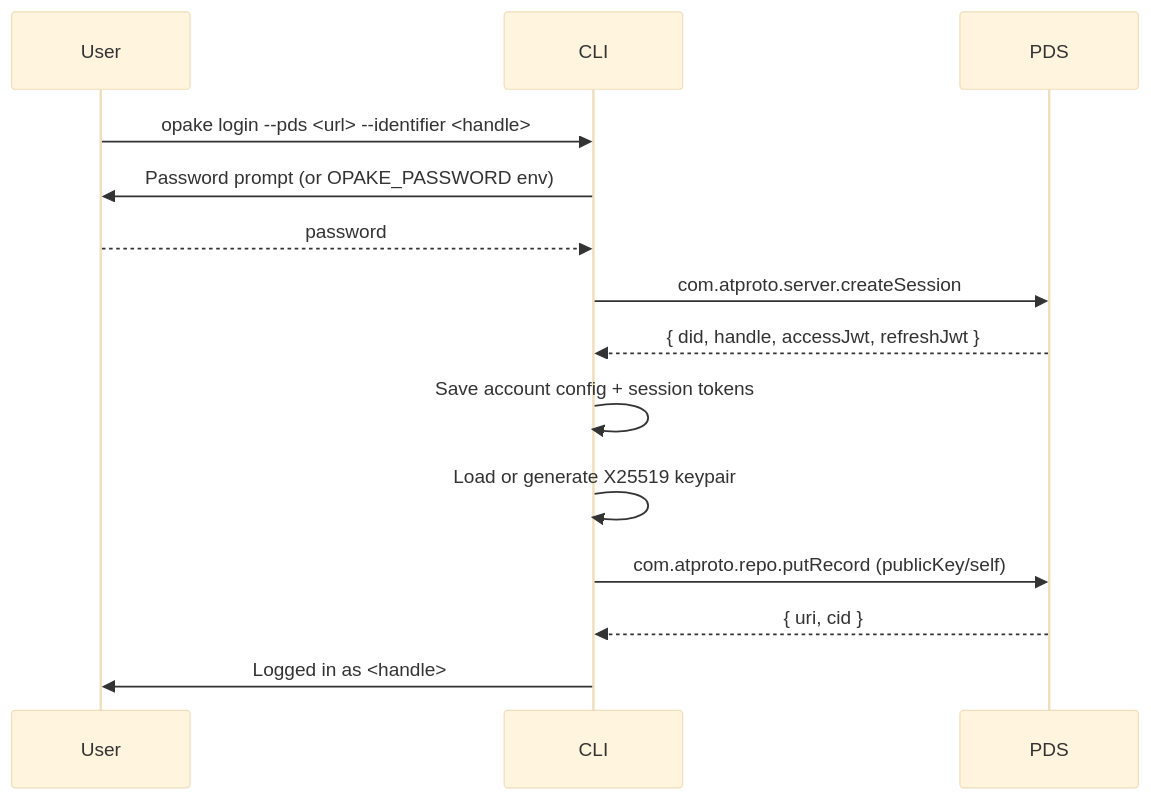
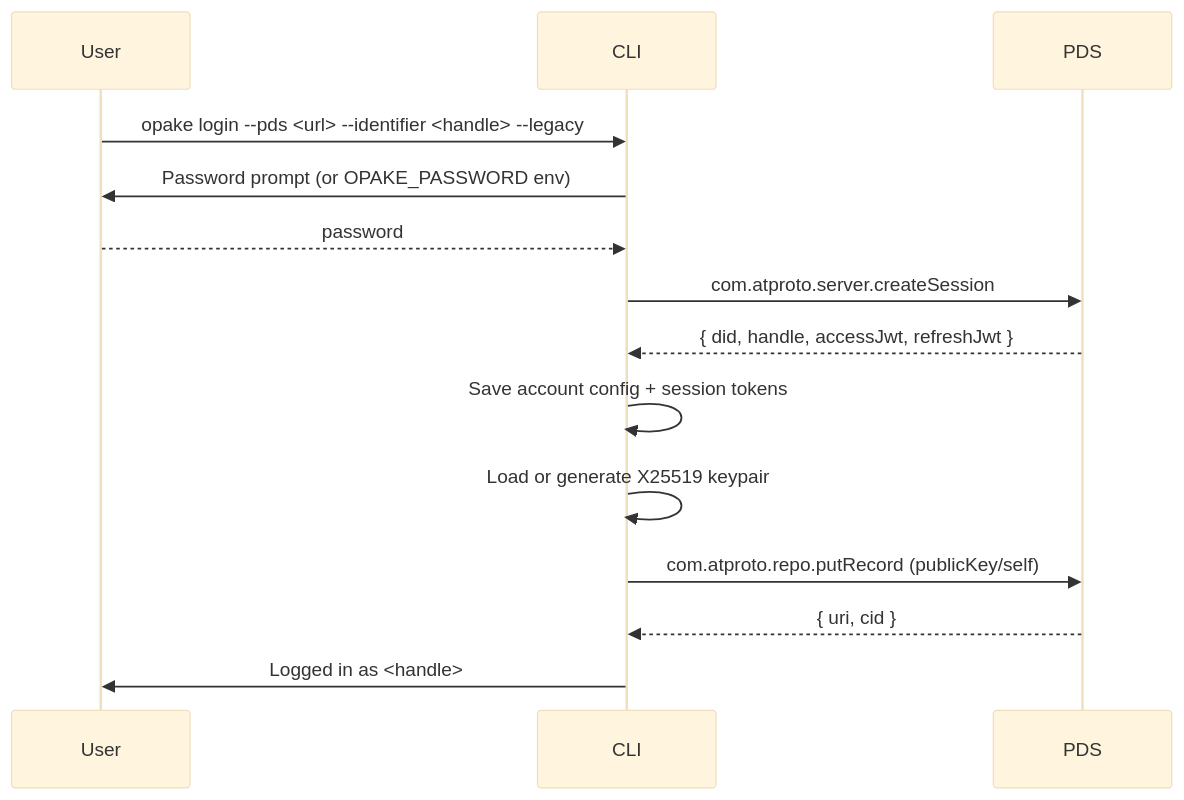
One commit to Sans-Self/Opake changed the second of 4 diagrams in docs/flows/authentication.md. Above: the diagram before and after it, drawn with Mermaid (base theme). The commit also changed other lines of this file and 52 other files, not shown here.

````diff
--- a/docs/flows/authentication.md
+++ b/docs/flows/authentication.md
@@ -7,21 +51,21 @@
 ```mermaid
 sequenceDiagram
     participant User
     participant CLI
     participant PDS
 
-    User->>CLI: opake login --pds <url> --identifier <handle>
+    User->>CLI: opake login --pds <url> --identifier <handle> --legacy
     CLI->>User: Password prompt (or OPAKE_PASSWORD env)
     User-->>CLI: password
 
     CLI->>PDS: com.atproto.server.createSession
     PDS-->>CLI: { did, handle, accessJwt, refreshJwt }
 
     CLI->>CLI: Save account config + session tokens
     CLI->>CLI: Load or generate X25519 keypair
 
     CLI->>PDS: com.atproto.repo.putRecord (publicKey/self)
     PDS-->>CLI: { uri, cid }
 
     CLI->>User: Logged in as <handle>
 ```
````
